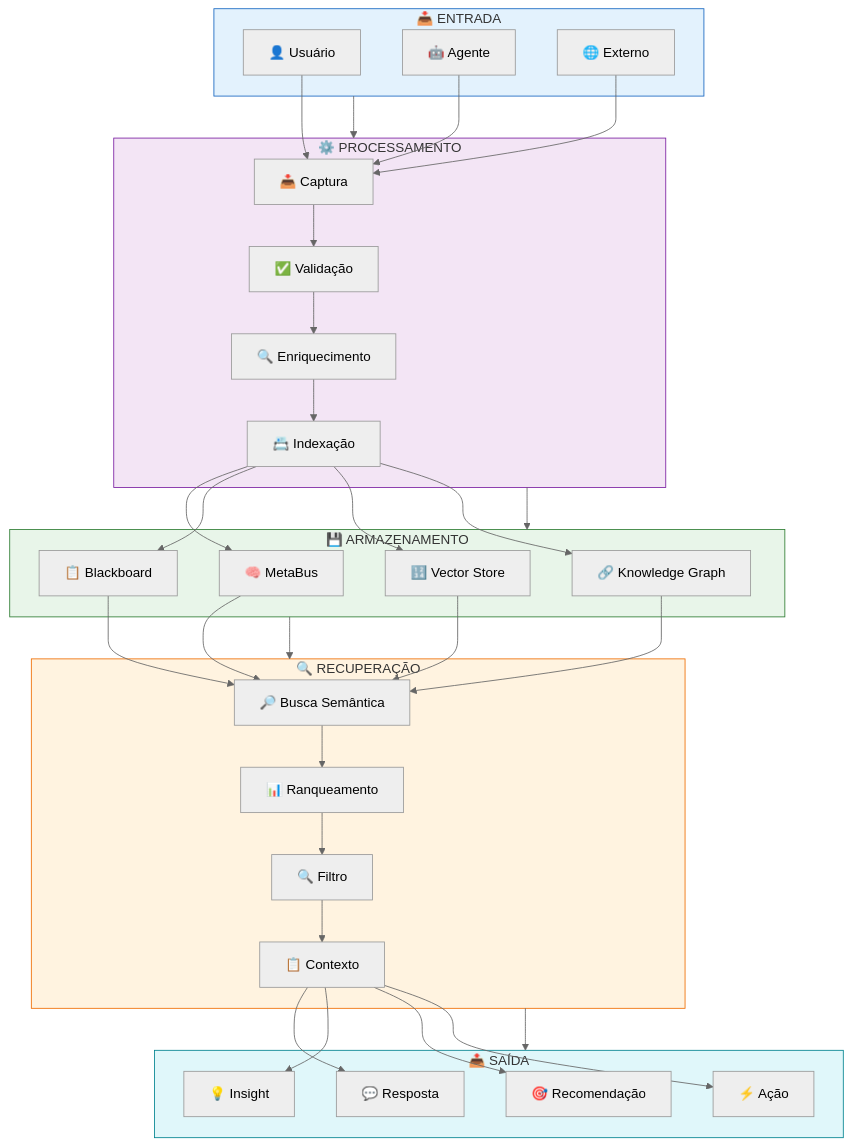
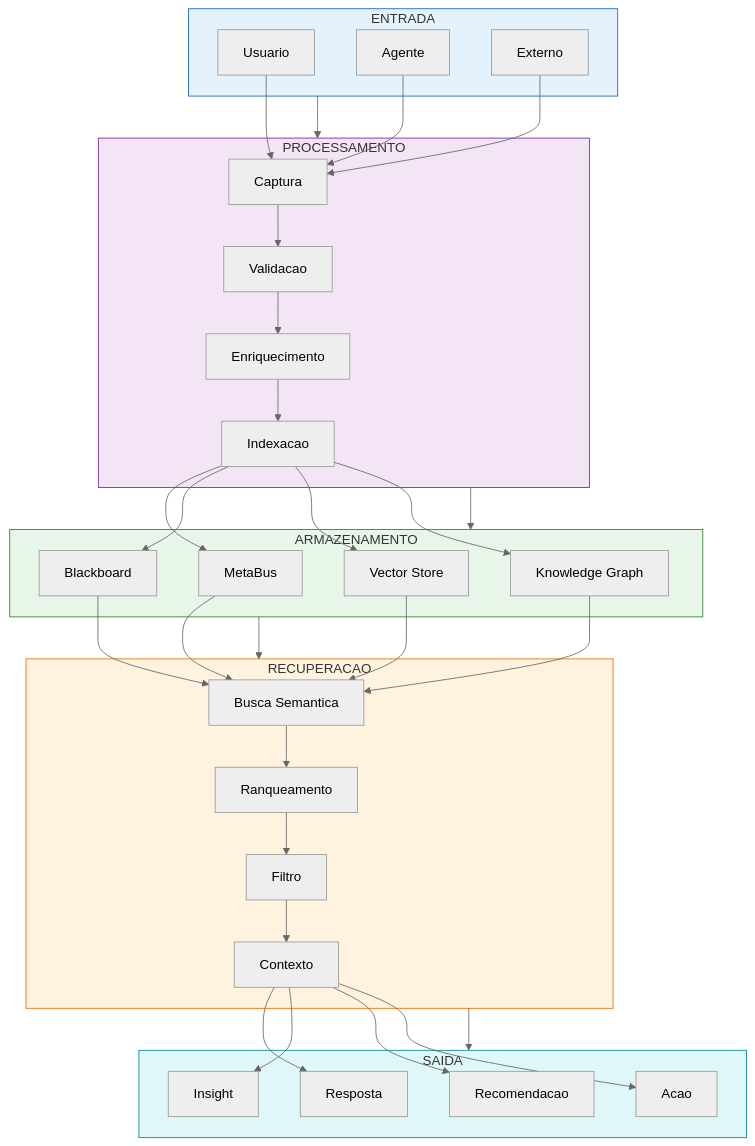
One commit to MarceloClaro/opencode-ecosystem-core changed the ninth of 22 diagrams in README.md. Above: the diagram before and after it, drawn with Mermaid (neutral theme). The commit also changed other lines of this file, not shown here.

````diff
--- a/README.md
+++ b/README.md
@@ -680,68 +608,68 @@
 ```mermaid
 flowchart TD
-    subgraph INPUT ["📥 ENTRADA"]
-        USER2["👤 Usuário"]
-        AGENT2["🤖 Agente"]
-        EXT["🌐 Externo"]
+    subgraph INPUT ["ENTRADA"]
+        USER2["Usuario"]
+        AGENT["Agente"]
+        EXT["Externo"]
     end
 
-    subgraph PROCESS ["⚙️ PROCESSAMENTO"]
-        CAPTURE["📥 Captura"]
-        VALIDATE["✅ Validação"]
-        ENRICH["🔍 Enriquecimento"]
-        INDEX["📇 Indexação"]
+    subgraph PROCESS ["PROCESSAMENTO"]
+        CAPTURE["Captura"]
+        VALIDATE["Validacao"]
+        ENRICH["Enriquecimento"]
+        INDEX["Indexacao"]
     end
 
-    subgraph STORE ["💾 ARMAZENAMENTO"]
-        MB2["🧠 MetaBus"]
-        BB3["📋 Blackboard"]
-        VECTOR["🔢 Vector Store"]
-        GRAPH["🔗 Knowledge Graph"]
+    subgraph STORE ["ARMAZENAMENTO"]
+        MB3["MetaBus"]
+        BB4["Blackboard"]
+        VECTOR["Vector Store"]
+        GRAPH["Knowledge Graph"]
     end
 
-    subgraph RETRIEVE ["🔍 RECUPERAÇÃO"]
-        SEARCH2["🔎 Busca Semântica"]
-        RANK["📊 Ranqueamento"]
-        FILTER["🔍 Filtro"]
-        CONTEXT["📋 Contexto"]
+    subgraph RETRIEVE ["RECUPERACAO"]
+        SEARCH["Busca Semantica"]
+        RANK["Ranqueamento"]
+        FILTER["Filtro"]
+        CONTEXT["Contexto"]
     end
 
-    subgraph OUTPUT2 ["📤 SAÍDA"]
-        ANSWER["💬 Resposta"]
-        INSIGHT["💡 Insight"]
-        RECOMMEND["🎯 Recomendação"]
-        ACTION["⚡ Ação"]
+    subgraph OUTPUT ["SAIDA"]
+        ANSWER["Resposta"]
+        INSIGHT["Insight"]
+        RECOMMEND["Recomendacao"]
+        ACTION["Acao"]
     end
 
     INPUT --> PROCESS
     PROCESS --> STORE
     STORE --> RETRIEVE
-    RETRIEVE --> OUTPUT2
+    RETRIEVE --> OUTPUT
 
     USER2 --> CAPTURE
-    AGENT2 --> CAPTURE
+    AGENT --> CAPTURE
     EXT --> CAPTURE
 
     CAPTURE --> VALIDATE --> ENRICH --> INDEX
-    INDEX --> MB2
-    INDEX --> BB3
+    INDEX --> MB3
+    INDEX --> BB4
     INDEX --> VECTOR
     INDEX --> GRAPH
 
-    MB2 --> SEARCH2
-    BB3 --> SEARCH2
-    VECTOR --> SEARCH2
-    GRAPH --> SEARCH2
+    MB3 --> SEARCH
+    BB4 --> SEARCH
+    VECTOR --> SEARCH
+    GRAPH --> SEARCH
 
-    SEARCH2 --> RANK --> FILTER --> CONTEXT
+    SEARCH --> RANK --> FILTER --> CONTEXT
     CONTEXT --> ANSWER
     CONTEXT --> INSIGHT
     CONTEXT --> RECOMMEND
     CONTEXT --> ACTION
 
     style INPUT fill:#e3f2fd,stroke:#1565c0
     style PROCESS fill:#f3e5f5,stroke:#7b1fa2
     style STORE fill:#e8f5e9,stroke:#2e7d32
     style RETRIEVE fill:#fff3e0,stroke:#ef6c00
-    style OUTPUT2 fill:#e0f7fa,stroke:#00838f
+    style OUTPUT fill:#e0f7fa,stroke:#00838f
 ```
````
